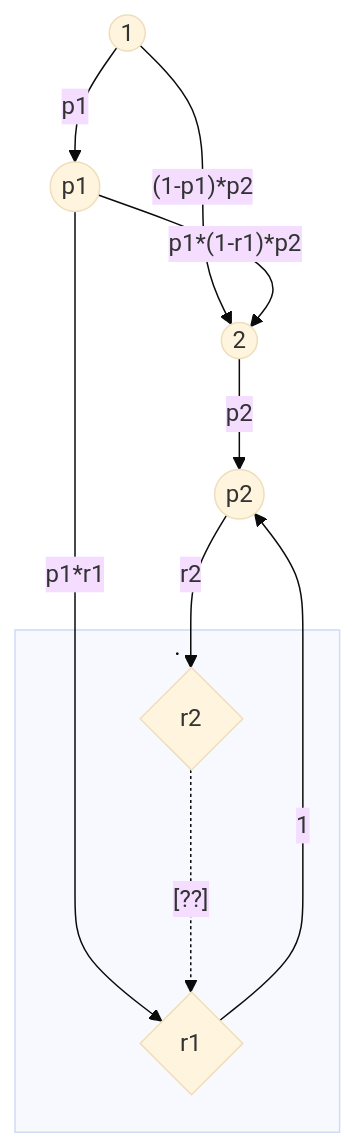
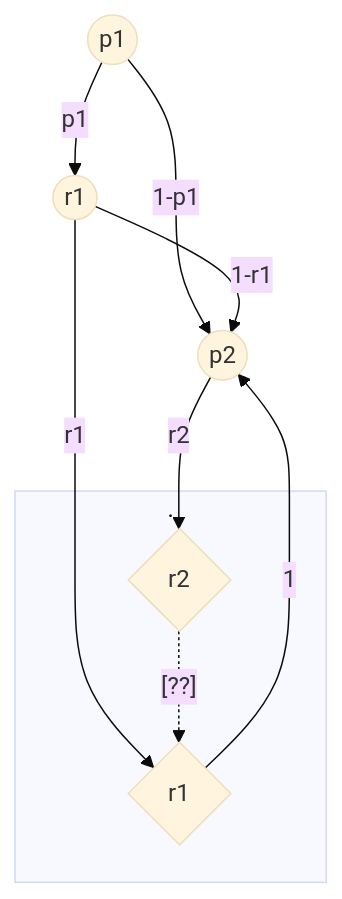
The third of 4 diagrams in vault/sem2/AuW/UE/cx/bf/cx07-bf.md (bfeitknecht/vault), drawn with Mermaid (base theme) before and after one commit. The commit also changed other lines of this file, not shown here.

Commit message:
vault backup: 2024-05-03 23:31:10 from MacBook Pro (echo)
Affected files:
vault/sem2/AuW/UE/cx/bf/cx07-bf.md

````diff
--- a/vault/sem2/AuW/UE/cx/bf/cx07-bf.md
+++ b/vault/sem2/AuW/UE/cx/bf/cx07-bf.md
@@ -35,22 +51,20 @@
 ```mermaid
 flowchart TD
 
-id1((1))
-id2((2))
-id3((p1))
+id1((p1))
+id2((p2))
+id3((r1))
 id4{r1}
-id5((p2))
-id6{r2}
+id5{r2}
 
-id1-->|"(1-p1)*p2"|id2
+id1-->|"1-p1"|id2
 id1-->|"p1"|id3
-id3-->|"p1*r1"|id4
-id3-->|"p1*(1-r1)*p2"|id2
-id2-->|"p2"|id5
-id4-->|"1"|id5
-id5-->|"r2"|id6
+id3-->|"r1"|id4
+id3-->|"1-r1"|id2
+id4-->|"1"|id2
+id2-->|"r2"|id5
 
 subgraph .
-	id6-..->|"[??]"|id4
+	id5-.->|"[??]"|id4
 end
 ```
````
